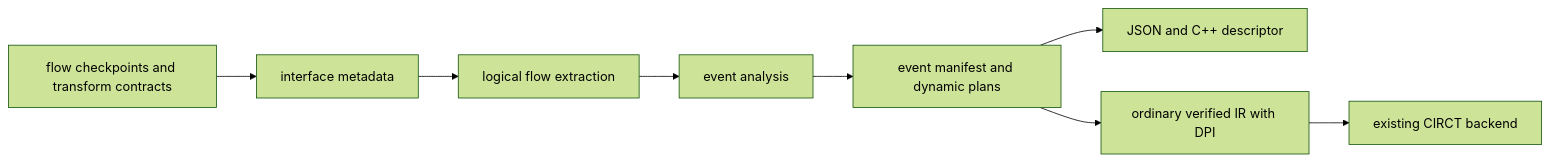
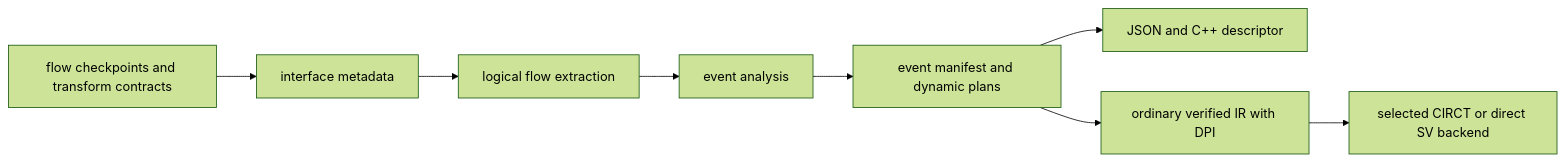
Before and after one commit to jerryz123/rhodium: the diagram in rhodium/event/DEVELOPING.md, drawn with Mermaid (forest theme). The commit also changed other lines of this file and 19 other files, not shown here.

````diff
--- a/rhodium/event/DEVELOPING.md
+++ b/rhodium/event/DEVELOPING.md
@@ -12,10 +12,10 @@
 ```mermaid
 flowchart LR
   Author["flow checkpoints and transform contracts"] --> Interface["interface metadata"]
   Interface --> Diagram["logical flow extraction"]
   Diagram --> Analyze["event analysis"]
   Analyze --> Manifest["event manifest and dynamic plans"]
   Manifest --> Descriptor["JSON and C++ descriptor"]
   Manifest --> Instrument["ordinary verified IR with DPI"]
-  Instrument --> Backend["existing CIRCT backend"]
+  Instrument --> Backend["selected CIRCT or direct SV backend"]
 ```
````
